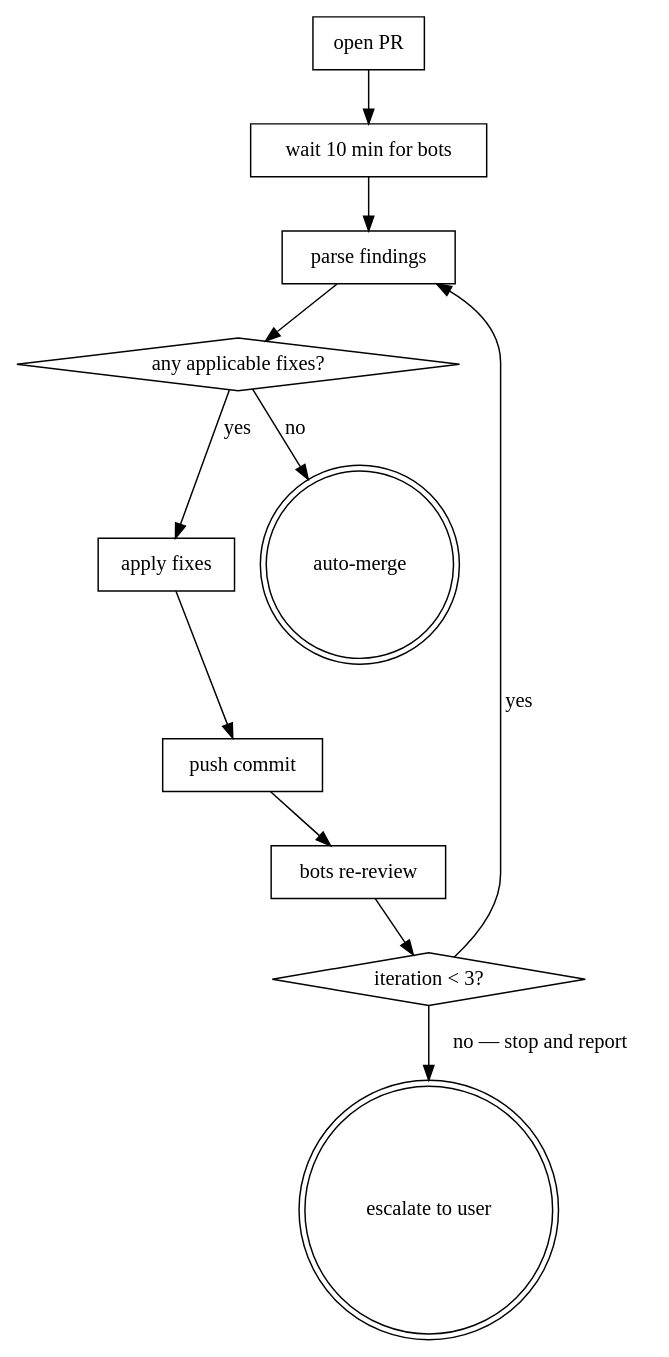
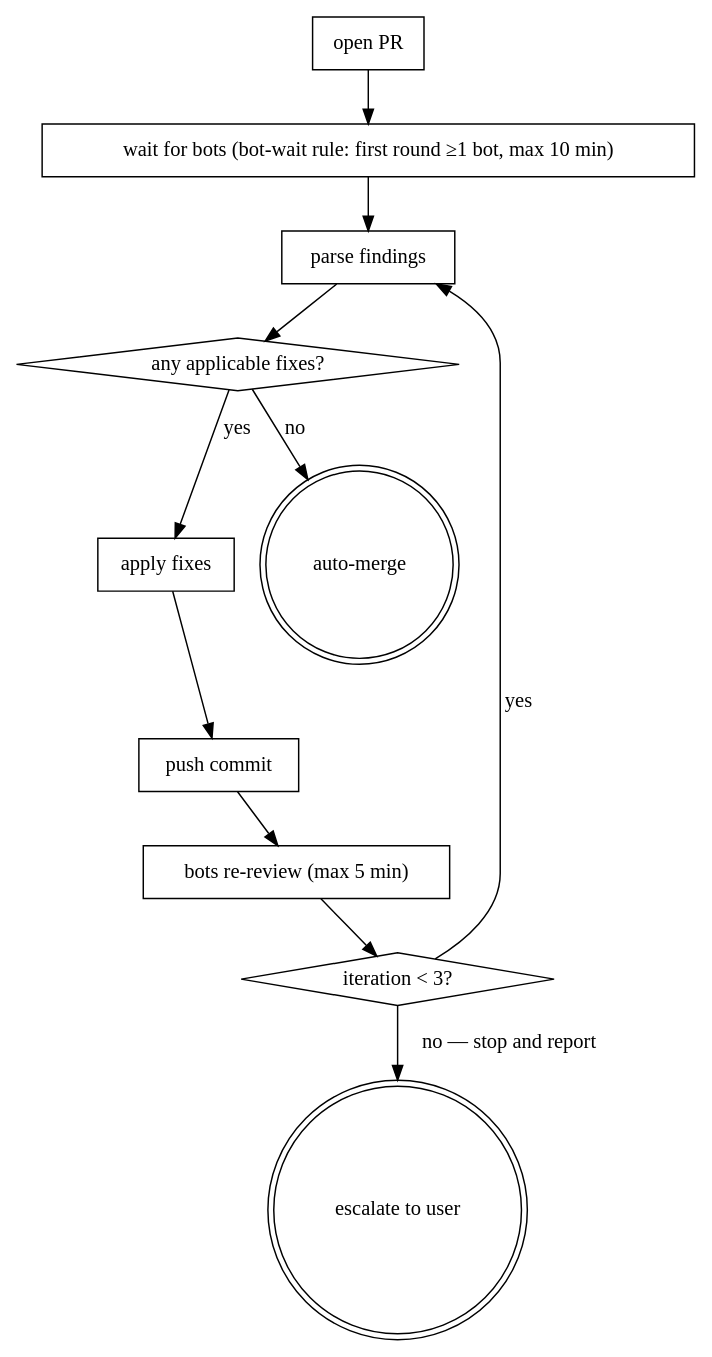
One commit to bacoco/cloclo changed the diagram in plugins/cloclo/skills/pipeline/references/phases.md. Above: the diagram before and after it, drawn with Graphviz. The commit also changed other lines of this file and 9 other files, not shown here.

````diff
--- a/plugins/cloclo/skills/pipeline/references/phases.md
+++ b/plugins/cloclo/skills/pipeline/references/phases.md
@@ -394,21 +409,21 @@
 ```dot
 digraph auto_integration {
   "open PR" [shape=box];
-  "wait 10 min for bots" [shape=box];
+  "wait for bots (bot-wait rule: first round ≥1 bot, max 10 min)" [shape=box];
   "parse findings" [shape=box];
   "any applicable fixes?" [shape=diamond];
   "apply fixes" [shape=box];
   "push commit" [shape=box];
-  "bots re-review" [shape=box];
+  "bots re-review (max 5 min)" [shape=box];
   "iteration < 3?" [shape=diamond];
   "auto-merge" [shape=doublecircle];
   "escalate to user" [shape=doublecircle];
 
-  "open PR" -> "wait 10 min for bots" -> "parse findings" -> "any applicable fixes?";
+  "open PR" -> "wait for bots (bot-wait rule: first round ≥1 bot, max 10 min)" -> "parse findings" -> "any applicable fixes?";
   "any applicable fixes?" -> "apply fixes" [label="yes"];
   "any applicable fixes?" -> "auto-merge" [label="no"];
-  "apply fixes" -> "push commit" -> "bots re-review" -> "iteration < 3?";
+  "apply fixes" -> "push commit" -> "bots re-review (max 5 min)" -> "iteration < 3?";
   "iteration < 3?" -> "parse findings" [label="yes"];
   "iteration < 3?" -> "escalate to user" [label="no — stop and report"];
 }
 ```
````
